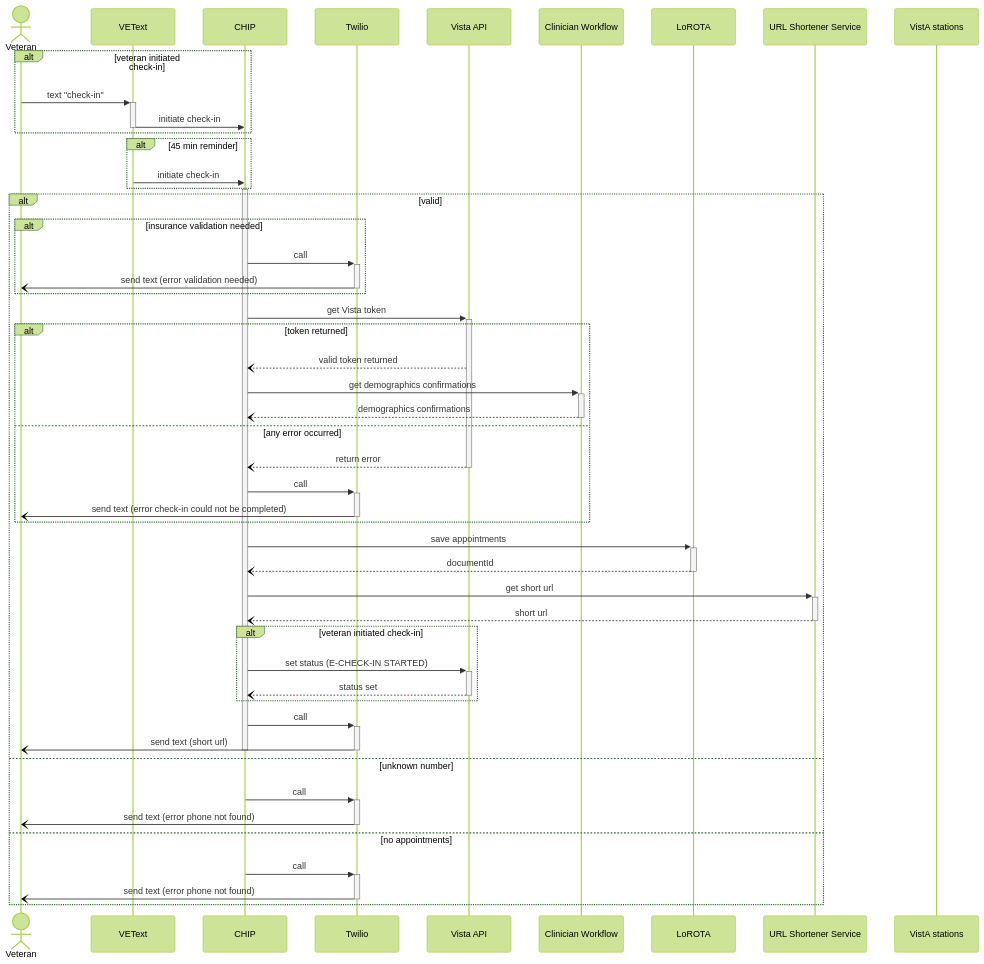
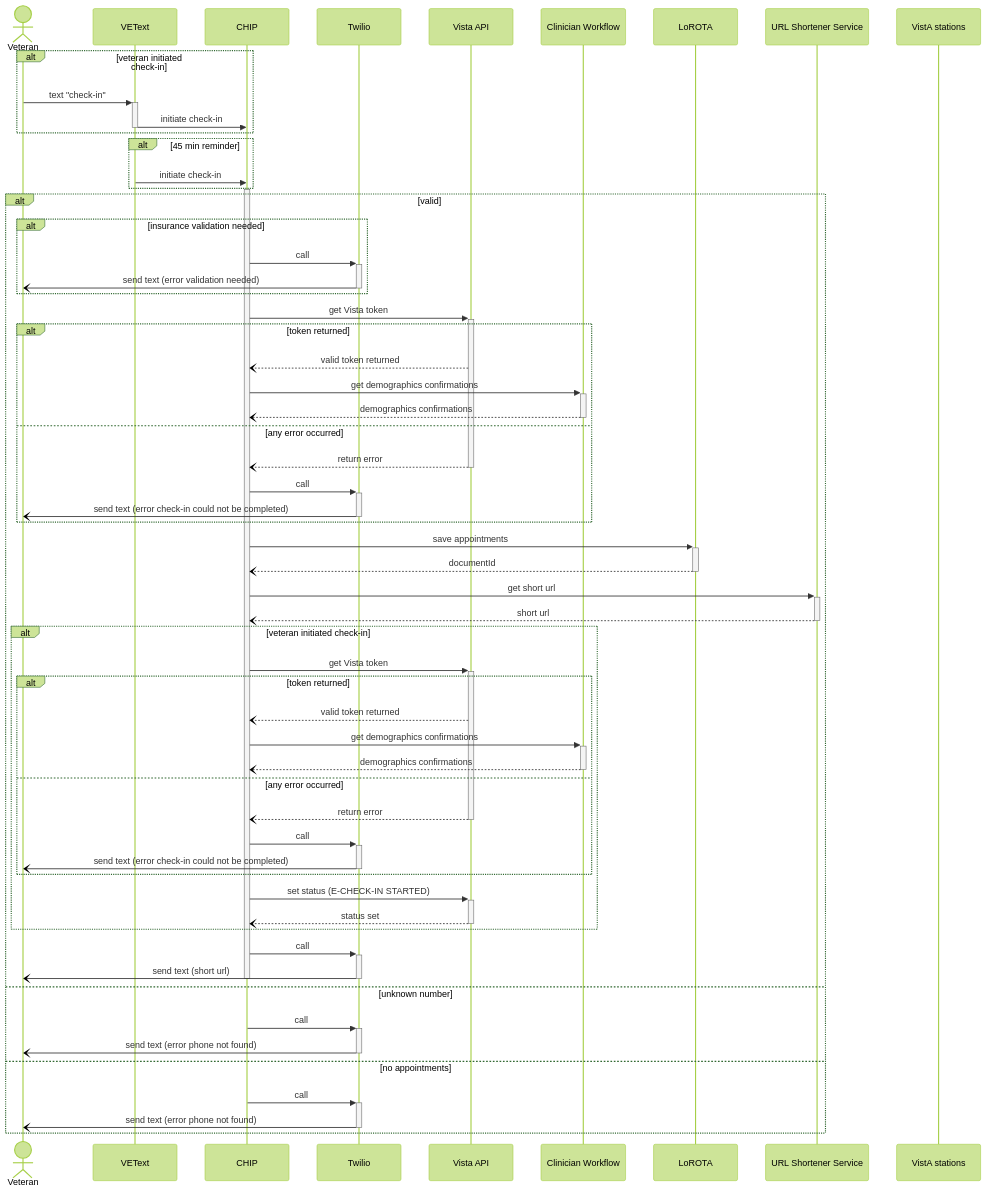
The first of 4 diagrams in products/health-care/checkin/engineering/architecture-diagrams/sequenceDiagram_checkInExp.md (department-of-veterans-affairs/va.gov-team), drawn with Mermaid (forest theme) before and after one commit.

````diff
--- a/products/health-care/checkin/engineering/architecture-diagrams/sequenceDiagram_checkInExp.md
+++ b/products/health-care/checkin/engineering/architecture-diagrams/sequenceDiagram_checkInExp.md
@@ -10,54 +10,64 @@
 ```mermaid
 sequenceDiagram
     actor vet as Veteran
     participant vt as VEText
     participant c as CHIP
     participant t as Twilio
     participant va as Vista API
     participant cw as Clinician Workflow
     participant l as LoROTA
     participant url as URL Shortener Service
     participant vas as VistA stations
 
     alt veteran initiated check-in
     vet->>+vt: text "check-in"
     vt->>-c: initiate check-in
     end
     alt 45 min reminder
     vt->>c: initiate check-in
     end
     activate c
     alt valid
       alt insurance validation needed
         c->>+t: call
         t-)-vet: send text (error validation needed)
       end
       c->>+va: get Vista token
       alt token returned
         va--)c: valid token returned
         c->>+cw: get demographics confirmations
         cw--)-c: demographics confirmations
       else any error occurred
         va--)-c: return error
         c->>+t: call
         t-)-vet: send text (error check-in could not be completed)
       end
       c->>+l: save appointments
       l--)-c: documentId
       c->>+url: get short url
       url--)-c: short url
       alt veteran initiated check-in
+        c->>+va: get Vista token
+        alt token returned
+          va--)c: valid token returned
+          c->>+cw: get demographics confirmations
+          cw--)-c: demographics confirmations
+        else any error occurred
+          va--)-c: return error
+          c->>+t: call
+          t-)-vet: send text (error check-in could not be completed)
+        end
         c->>+va: set status (E-CHECK-IN STARTED)
         va--)-c: status set
       end
       c->>+t: call
       t-)-vet: send text (short url)
       deactivate c
     else unknown number
       c->>+t: call
       t-)-vet: send text (error phone not found)
     else no appointments
       c->>+t: call
       t-)-vet: send text (error phone not found)
     end
 ```
````
